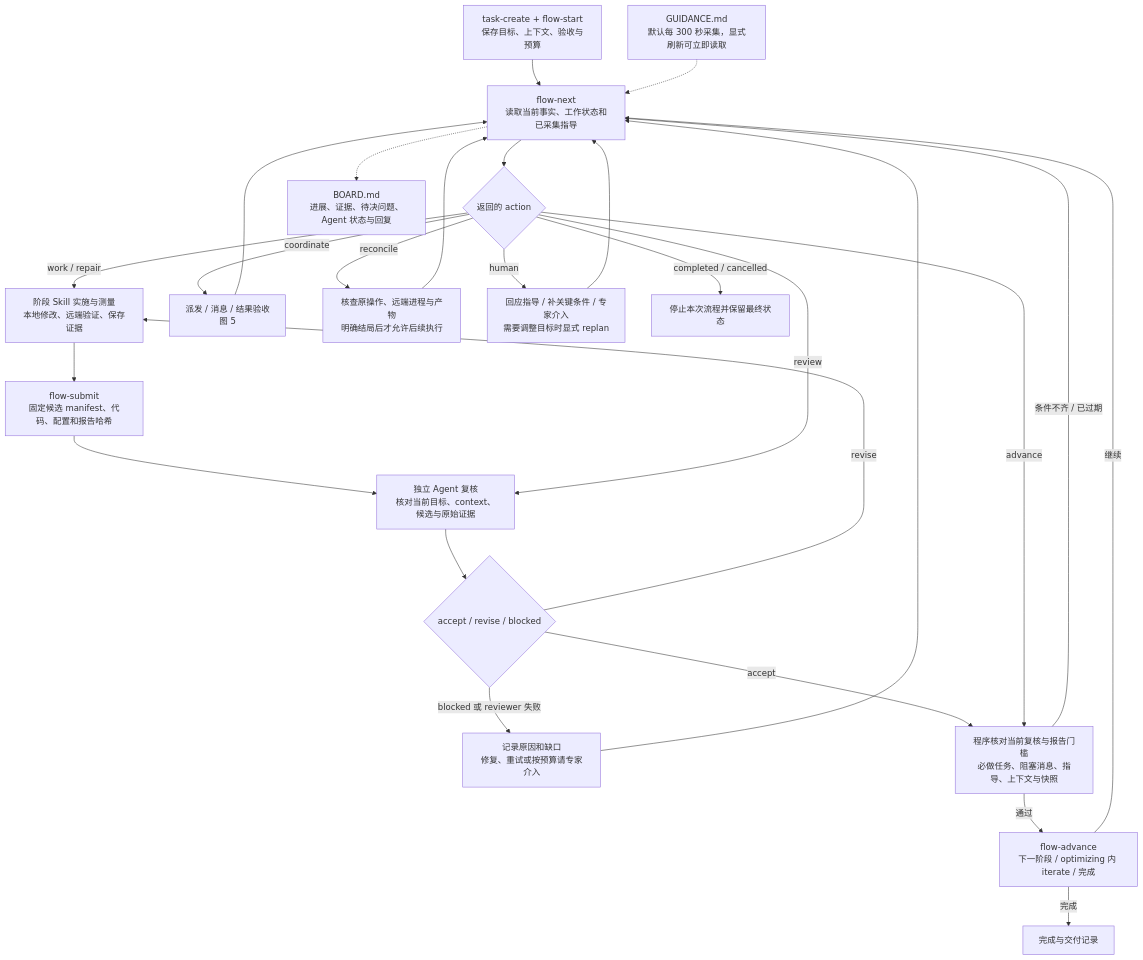
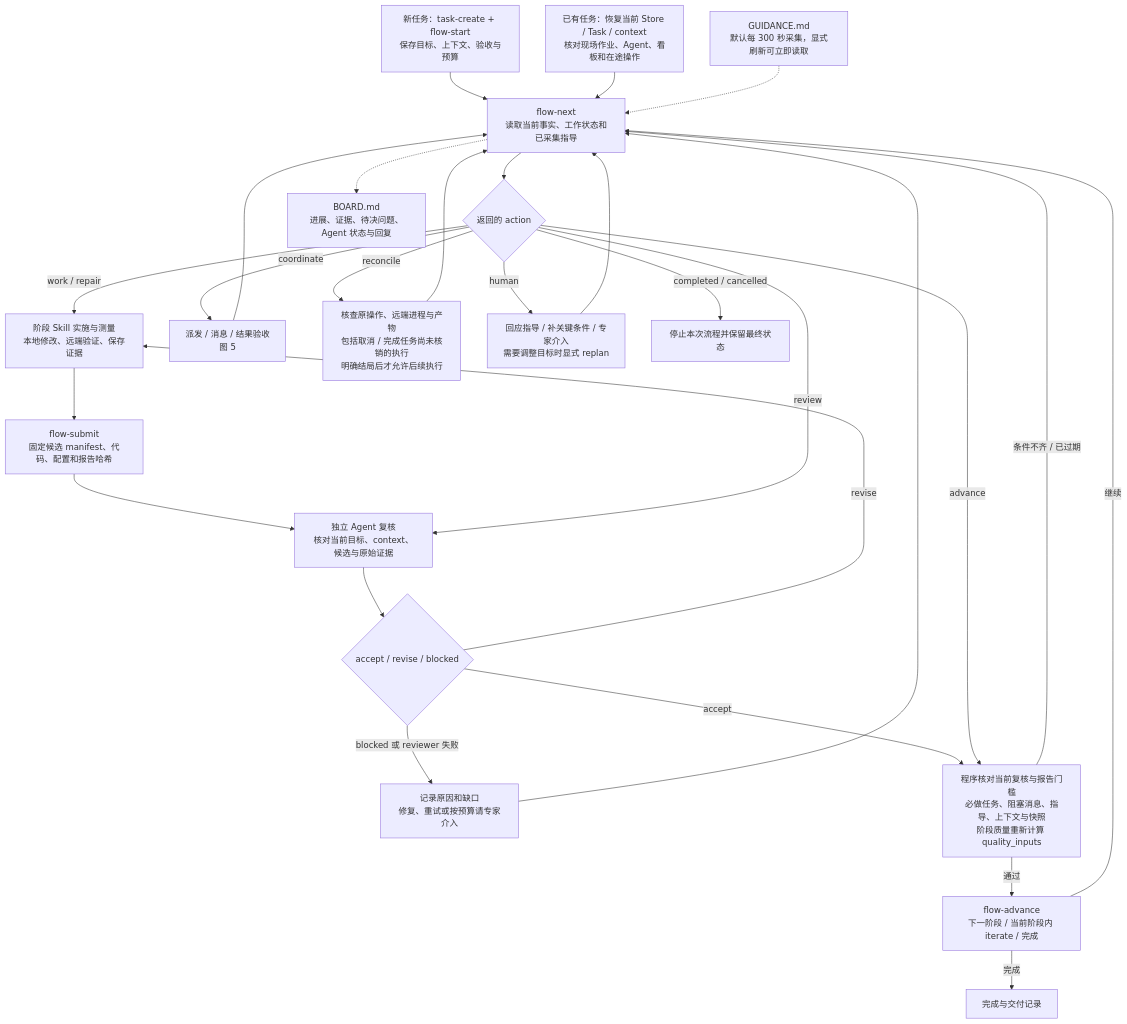
One commit to yuguo-Jack/HCU-TrainFlow changed the eighth of 12 diagrams in docs/workflow-map.md. Above: the diagram before and after it, drawn with Mermaid. The commit also changed other lines of this file and 11 other files, not shown here.

````diff
--- a/docs/workflow-map.md
+++ b/docs/workflow-map.md
@@ -231,28 +264,29 @@
 ```mermaid
 flowchart TD
-    START["task-create + flow-start<br/>保存目标、上下文、验收与预算"] --> NEXT["flow-next<br/>读取当前事实、工作状态和已采集指导"]
+    START["新任务：task-create + flow-start<br/>保存目标、上下文、验收与预算"] --> NEXT["flow-next<br/>读取当前事实、工作状态和已采集指导"]
+    RESUME["已有任务：恢复当前 Store / Task / context<br/>核对现场作业、Agent、看板和在途操作"] --> NEXT
     NEXT --> ACT{"返回的 action"}
     ACT -->|work / repair| WORK["阶段 Skill 实施与测量<br/>本地修改、远端验证、保存证据"]
     ACT -->|coordinate| TEAM["派发 / 消息 / 结果验收<br/>图 5"]
     TEAM --> NEXT
     WORK --> SUB["flow-submit<br/>固定候选 manifest、代码、配置和报告哈希"]
     SUB --> REV["独立 Agent 复核<br/>核对当前目标、context、候选与原始证据"]
     ACT -->|review| REV
     REV --> VER{"accept / revise / blocked"}
     VER -->|revise| WORK
     VER -->|blocked 或 reviewer 失败| ISSUE["记录原因和缺口<br/>修复、重试或按预算请专家介入"]
     ISSUE --> NEXT
-    VER -->|accept| GATE["程序核对当前复核与报告门槛<br/>必做任务、阻塞消息、指导、上下文与快照"]
+    VER -->|accept| GATE["程序核对当前复核与报告门槛<br/>必做任务、阻塞消息、指导、上下文与快照<br/>阶段质量重新计算 quality_inputs"]
     ACT -->|advance| GATE
     GATE -->|条件不齐 / 已过期| NEXT
-    GATE -->|通过| ADV["flow-advance<br/>下一阶段 / optimizing 内 iterate / 完成"]
+    GATE -->|通过| ADV["flow-advance<br/>下一阶段 / 当前阶段内 iterate / 完成"]
     ADV -->|继续| NEXT
     ADV -->|完成| DONE["完成与交付记录"]
-    ACT -->|reconcile| REC["核查原操作、远端进程与产物<br/>明确结局后才允许后续执行"]
+    ACT -->|reconcile| REC["核查原操作、远端进程与产物<br/>包括取消 / 完成任务尚未核销的执行<br/>明确结局后才允许后续执行"]
     REC --> NEXT
     ACT -->|human| HUMAN["回应指导 / 补关键条件 / 专家介入<br/>需要调整目标时显式 replan"]
     HUMAN --> NEXT
     ACT -->|completed / cancelled| ENDSTATE["停止本次流程并保留最终状态"]
     GD["GUIDANCE.md<br/>默认每 300 秒采集，显式刷新可立即读取"] -.-> NEXT
     NEXT -.-> BD["BOARD.md<br/>进展、证据、待决问题、Agent 状态与回复"]
 ```
````
